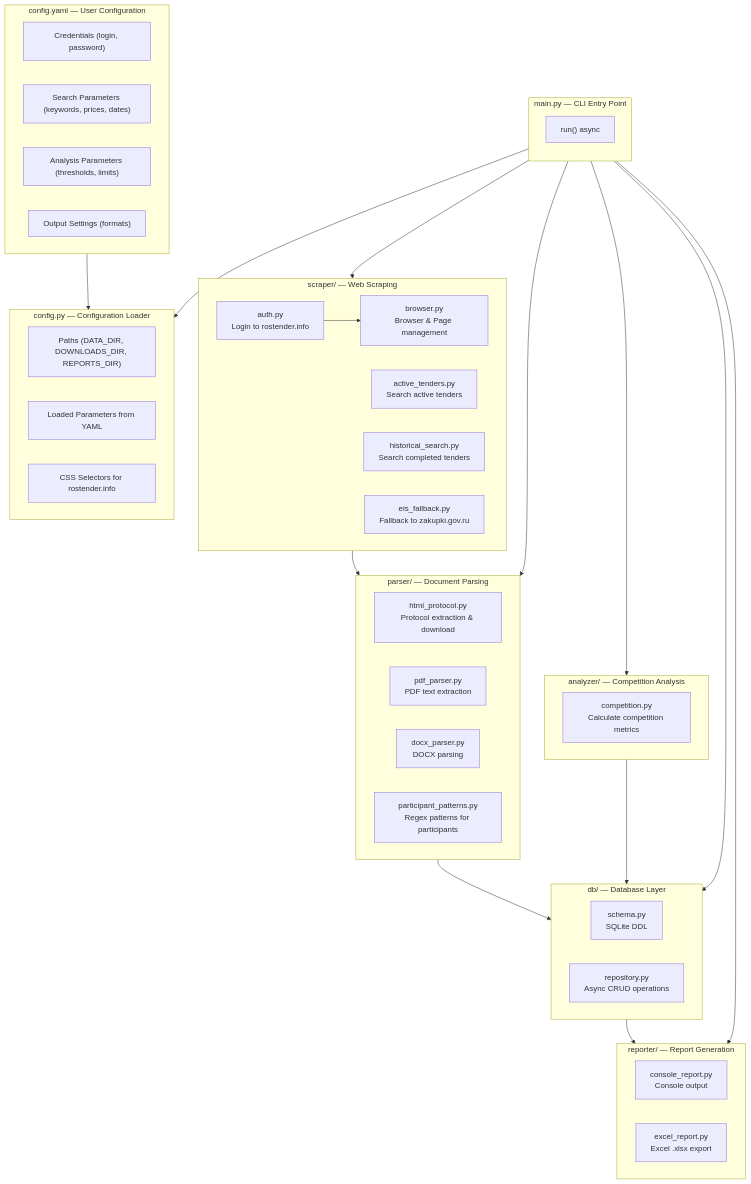
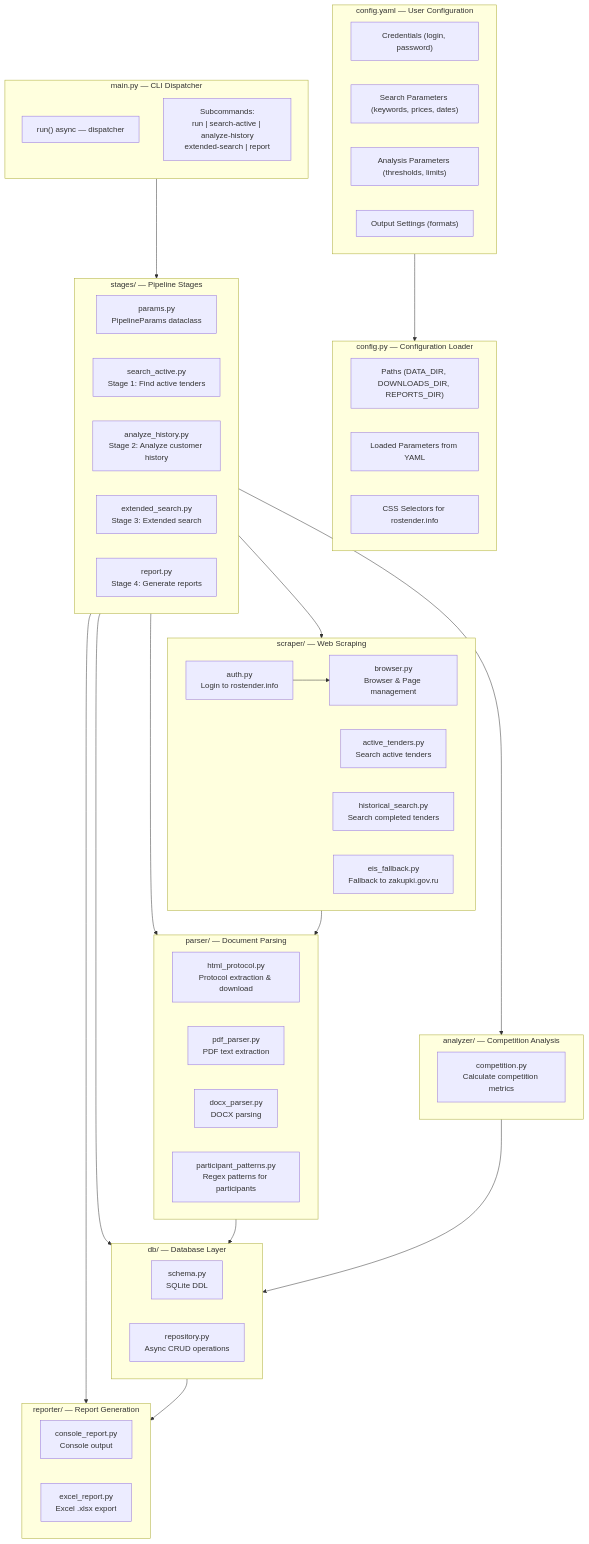
One commit to volk6022/rostender-parse changed the first of 11 diagrams in STRUCTURE.md. Above: the diagram before and after it, drawn with Mermaid. The commit also changed other lines of this file and 38 other files, not shown here.

````diff
--- a/STRUCTURE.md
+++ b/STRUCTURE.md
@@ -9,63 +9,72 @@
 ```mermaid
 flowchart TB
-    subgraph CLI["main.py — CLI Entry Point"]
+    subgraph CLI["main.py — CLI Dispatcher"]
         direction TB
-        run["run() async"]
+        run["run() async — dispatcher"]
+        subcommands["Subcommands:<br/>run | search-active | analyze-history<br/>extended-search | report"]
     end
 
     subgraph ConfigYAML["config.yaml — User Configuration"]
         creds["Credentials (login, password)"]
         search_params["Search Parameters (keywords, prices, dates)"]
         analysis_params["Analysis Parameters (thresholds, limits)"]
         output_params["Output Settings (formats)"]
     end
 
     subgraph Config["config.py — Configuration Loader"]
         dirs["Paths (DATA_DIR, DOWNLOADS_DIR, REPORTS_DIR)"]
         params["Loaded Parameters from YAML"]
         selectors["CSS Selectors for rostender.info"]
+    end
+
+    subgraph Stages["stages/ — Pipeline Stages"]
+        pp["params.py<br/>PipelineParams dataclass"]
+        s1["search_active.py<br/>Stage 1: Find active tenders"]
+        s2["analyze_history.py<br/>Stage 2: Analyze customer history"]
+        s3["extended_search.py<br/>Stage 3: Extended search"]
+        s4["report.py<br/>Stage 4: Generate reports"]
     end
 
     subgraph Scraper["scraper/ — Web Scraping"]
         auth["auth.py<br/>Login to rostender.info"]
         browser["browser.py<br/>Browser & Page management"]
         active["active_tenders.py<br/>Search active tenders"]
         historical["historical_search.py<br/>Search completed tenders"]
         eis["eis_fallback.py<br/>Fallback to zakupki.gov.ru"]
     end
 
     subgraph Parser["parser/ — Document Parsing"]
         html_proto["html_protocol.py<br/>Protocol extraction & download"]
         pdf["pdf_parser.py<br/>PDF text extraction"]
         docx["docx_parser.py<br/>DOCX parsing"]
         patterns["participant_patterns.py<br/>Regex patterns for participants"]
     end
 
     subgraph Analyzer["analyzer/ — Competition Analysis"]
         competition["competition.py<br/>Calculate competition metrics"]
     end
 
     subgraph DB["db/ — Database Layer"]
         schema["schema.py<br/>SQLite DDL"]
         repo["repository.py<br/>Async CRUD operations"]
     end
 
     subgraph Reporter["reporter/ — Report Generation"]
         console["console_report.py<br/>Console output"]
         excel["excel_report.py<br/>Excel .xlsx export"]
     end
 
     ConfigYAML --> Config
-    CLI --> Config
-    CLI --> Scraper
-    CLI --> Parser
-    CLI --> Analyzer
-    CLI --> DB
-    CLI --> Reporter
+    CLI --> Stages
+    Stages --> Scraper
+    Stages --> Parser
+    Stages --> Analyzer
+    Stages --> DB
+    Stages --> Reporter
 
     auth --> browser
     Scraper --> Parser
     Parser --> DB
     Analyzer --> DB
     DB --> Reporter
 ```
````
